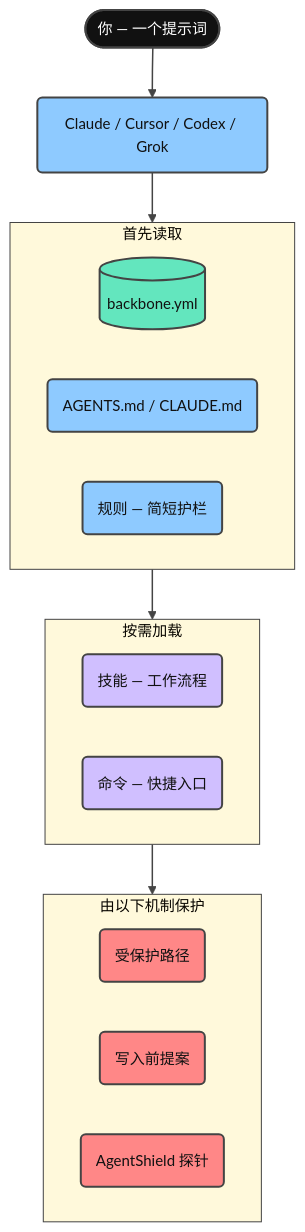
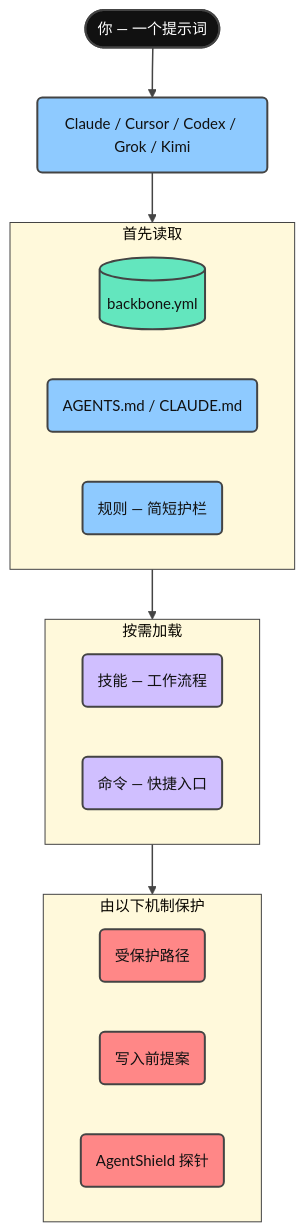
Before and after one commit to giang6283623/minimal-vibe-coding-kit: the second of 8 diagrams in docs/README.zh-CN.md, drawn with Mermaid. The commit also changed other lines of this file and 8 other files, not shown here.

Commit message:
docs: kimi surface, graph renderer, and writing-style rule across en/vi/zh docs and changelog

````diff
--- a/docs/README.zh-CN.md
+++ b/docs/README.zh-CN.md
@@ -157,51 +157,51 @@
 ```mermaid
 ---
 config:
   theme: base
   themeVariables:
     fontFamily: cascadia mono, consolas, noto sans mono, menlo, monospace
     fontSize: 15px
     lineColor: "#444444"
     textColor: "#111111"
     edgeLabelBackground: "#FFFFFF"
     clusterBkg: "#FFF9DB"
     clusterBorder: "#444444"
 ---
 flowchart TD
-    You([你 — 一个提示词]) --> Agent("Claude / Cursor / Codex / Grok")
+    You([你 — 一个提示词]) --> Agent("Claude / Cursor / Codex / Grok / Kimi")
 
     subgraph First["首先读取"]
         Backbone[("backbone.yml")]
         Docs("AGENTS.md / CLAUDE.md")
         Rules("规则 — 简短护栏")
     end
 
     subgraph Demand["按需加载"]
         Skills("技能 — 工作流程")
         Commands("命令 — 快捷入口")
     end
 
     subgraph Guard["由以下机制保护"]
         Protected("受保护路径")
         Propose("写入前提案")
         Shield("AgentShield 探针")
     end
 
     Agent --> First
     First --> Demand
     Demand --> Guard
 
     classDef terminal fill:#111111,stroke:#444444,stroke-width:2px,color:#FFFFFF
     classDef step fill:#8ECAFF,stroke:#444444,stroke-width:2px,color:#111111
     classDef data fill:#63E6BE,stroke:#444444,stroke-width:2px,color:#111111
     classDef accent fill:#D0BFFF,stroke:#444444,stroke-width:2px,color:#111111
     classDef danger fill:#FF8787,stroke:#444444,stroke-width:2px,color:#111111
     linkStyle default stroke:#444444,stroke-width:1.5px
 
     class You terminal
     class Agent step
     class Backbone data
     class Docs,Rules step
     class Skills,Commands accent
     class Protected,Propose,Shield danger
 ```
````
